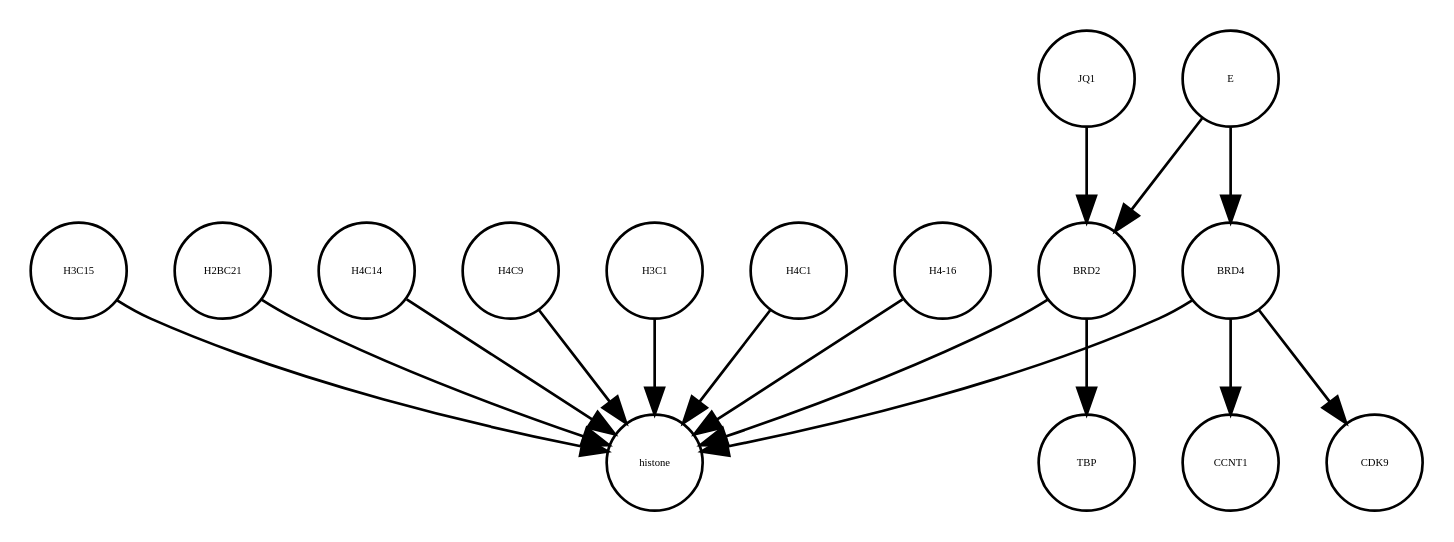
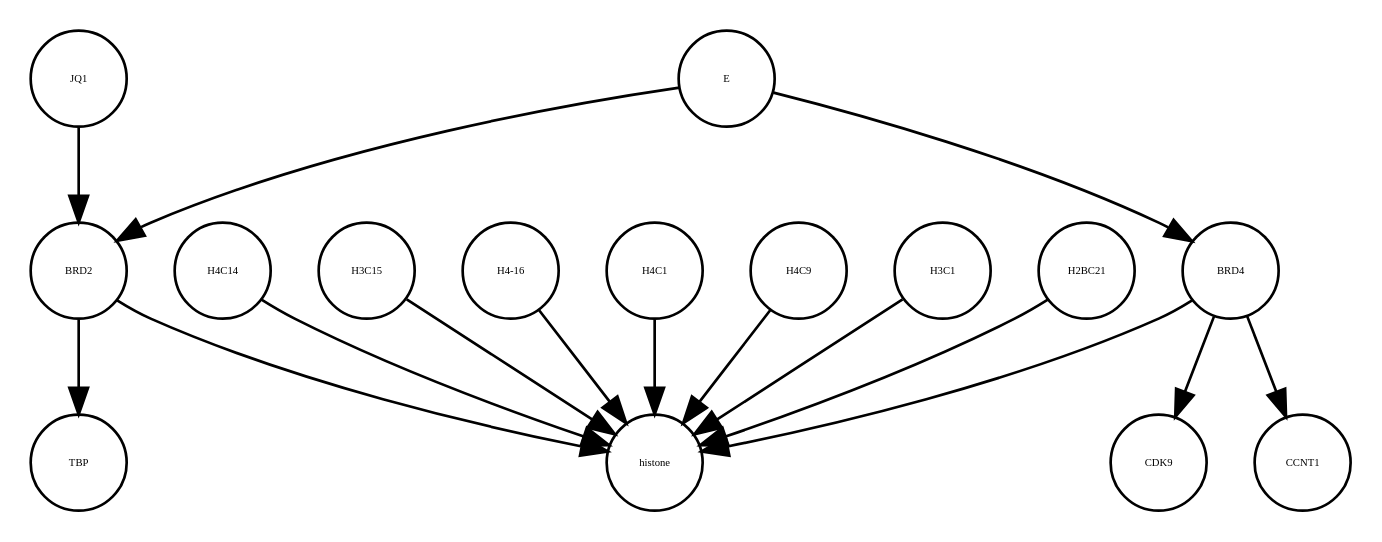
The diagram in E_SARS_CoV_2_22_05_2020.xml_projected.dot (cannin/covid19-sbgn), drawn with Graphviz before and after one commit. The commit also changed other lines of this file and 572 other files, not shown here.

```diff
--- a/E_SARS_CoV_2_22_05_2020.xml_projected.dot
+++ b/E_SARS_CoV_2_22_05_2020.xml_projected.dot
@@ -1,32 +1,32 @@
 strict digraph  {
-BRD4 [annotation="", bipartite=0, cls=macromolecule, fontsize=4, label=BRD4, shape=circle];
-E [annotation=urn_miriam_ncbiprotein_BCD58755, bipartite=0, cls=macromolecule, fontsize=4, label=E, shape=circle];
-JQ1 [annotation="", bipartite=0, cls=macromolecule, fontsize=4, label=JQ1, shape=circle];
-H2BC21 [annotation="", bipartite=0, cls=macromolecule, fontsize=4, label=H2BC21, shape=circle];
 histone [annotation="", bipartite=0, cls=complex, fontsize=4, label=histone, shape=circle];
 H4C14 [annotation="", bipartite=0, cls=macromolecule, fontsize=4, label=H4C14, shape=circle];
+JQ1 [annotation="", bipartite=0, cls=macromolecule, fontsize=4, label=JQ1, shape=circle];
+BRD2 [annotation="", bipartite=0, cls=macromolecule, fontsize=4, label=BRD2, shape=circle];
+E [annotation=urn_miriam_ncbiprotein_BCD58755, bipartite=0, cls=macromolecule, fontsize=4, label=E, shape=circle];
+H3C15 [annotation="", bipartite=0, cls=macromolecule, fontsize=4, label=H3C15, shape=circle];
+BRD4 [annotation="", bipartite=0, cls=macromolecule, fontsize=4, label=BRD4, shape=circle];
+CDK9 [annotation="", bipartite=0, cls=macromolecule, fontsize=4, label=CDK9, shape=circle];
+"H4-16" [annotation="", bipartite=0, cls=macromolecule, fontsize=4, label="H4-16", shape=circle];
+H4C1 [annotation="", bipartite=0, cls=macromolecule, fontsize=4, label=H4C1, shape=circle];
 TBP [annotation="", bipartite=0, cls=macromolecule, fontsize=4, label=TBP, shape=circle];
 H4C9 [annotation="", bipartite=0, cls=macromolecule, fontsize=4, label=H4C9, shape=circle];
 H3C1 [annotation="", bipartite=0, cls=macromolecule, fontsize=4, label=H3C1, shape=circle];
-H4C1 [annotation="", bipartite=0, cls=macromolecule, fontsize=4, label=H4C1, shape=circle];
-"H4-16" [annotation="", bipartite=0, cls=macromolecule, fontsize=4, label="H4-16", shape=circle];
-H3C15 [annotation="", bipartite=0, cls=macromolecule, fontsize=4, label=H3C15, shape=circle];
 CCNT1 [annotation="", bipartite=0, cls=macromolecule, fontsize=4, label=CCNT1, shape=circle];
-BRD2 [annotation="", bipartite=0, cls=macromolecule, fontsize=4, label=BRD2, shape=circle];
-CDK9 [annotation="", bipartite=0, cls=macromolecule, fontsize=4, label=CDK9, shape=circle];
+H2BC21 [annotation="", bipartite=0, cls=macromolecule, fontsize=4, label=H2BC21, shape=circle];
+H4C14 -> histone  [annotation="", interaction_type=production];
+JQ1 -> BRD2  [annotation="urn_miriam_doi_10.1038%2Fs41586-020-2286-9|urn_miriam_doi_10.1080%2F15592294.2018.1469891", interaction_type=inhibition];
+BRD2 -> histone  [annotation="urn_miriam_doi_10.1038%2Fnsmb.3228.|urn_miriam_doi_10.1016%2Fj.molcel.2008.01.018", interaction_type=catalysis];
+BRD2 -> TBP  [annotation="urn_miriam_doi_10.1007%2Fs11010-006-9223-6", interaction_type=catalysis];
+E -> BRD2  [annotation="urn_miriam_doi_10.1038%2Fs41586-020-2286-9|urn_miriam_doi_10.1080%2F15592294.2018.1469891", interaction_type=inhibition];
+E -> BRD4  [annotation="urn_miriam_doi_10.1038%2Fs41586-020-2286-9", interaction_type=inhibition];
+H3C15 -> histone  [annotation="", interaction_type=production];
+BRD4 -> histone  [annotation="urn_miriam_doi_10.1038%2Fnsmb.3228.|urn_miriam_doi_10.1016%2Fj.molcel.2008.01.018", interaction_type=catalysis];
 BRD4 -> CDK9  [annotation=urn_miriam_taxonomy_10090, interaction_type=catalysis];
-BRD4 -> histone  [annotation="urn_miriam_doi_10.1038%2Fnsmb.3228.|urn_miriam_doi_10.1016%2Fj.molcel.2008.01.018", interaction_type=catalysis];
 BRD4 -> CCNT1  [annotation="", interaction_type=catalysis];
-E -> BRD4  [annotation="urn_miriam_doi_10.1038%2Fs41586-020-2286-9", interaction_type=inhibition];
-E -> BRD2  [annotation="urn_miriam_doi_10.1038%2Fs41586-020-2286-9|urn_miriam_doi_10.1080%2F15592294.2018.1469891", interaction_type=inhibition];
-JQ1 -> BRD2  [annotation="urn_miriam_doi_10.1038%2Fs41586-020-2286-9|urn_miriam_doi_10.1080%2F15592294.2018.1469891", interaction_type=inhibition];
-H2BC21 -> histone  [annotation="", interaction_type=production];
-H4C14 -> histone  [annotation="", interaction_type=production];
+"H4-16" -> histone  [annotation="", interaction_type=production];
+H4C1 -> histone  [annotation="", interaction_type=production];
 H4C9 -> histone  [annotation="", interaction_type=production];
 H3C1 -> histone  [annotation="", interaction_type=production];
-H4C1 -> histone  [annotation="", interaction_type=production];
-"H4-16" -> histone  [annotation="", interaction_type=production];
-H3C15 -> histone  [annotation="", interaction_type=production];
-BRD2 -> histone  [annotation="urn_miriam_doi_10.1038%2Fnsmb.3228.|urn_miriam_doi_10.1016%2Fj.molcel.2008.01.018", interaction_type=catalysis];
-BRD2 -> TBP  [annotation="urn_miriam_doi_10.1007%2Fs11010-006-9223-6", interaction_type=catalysis];
+H2BC21 -> histone  [annotation="", interaction_type=production];
 }
```
